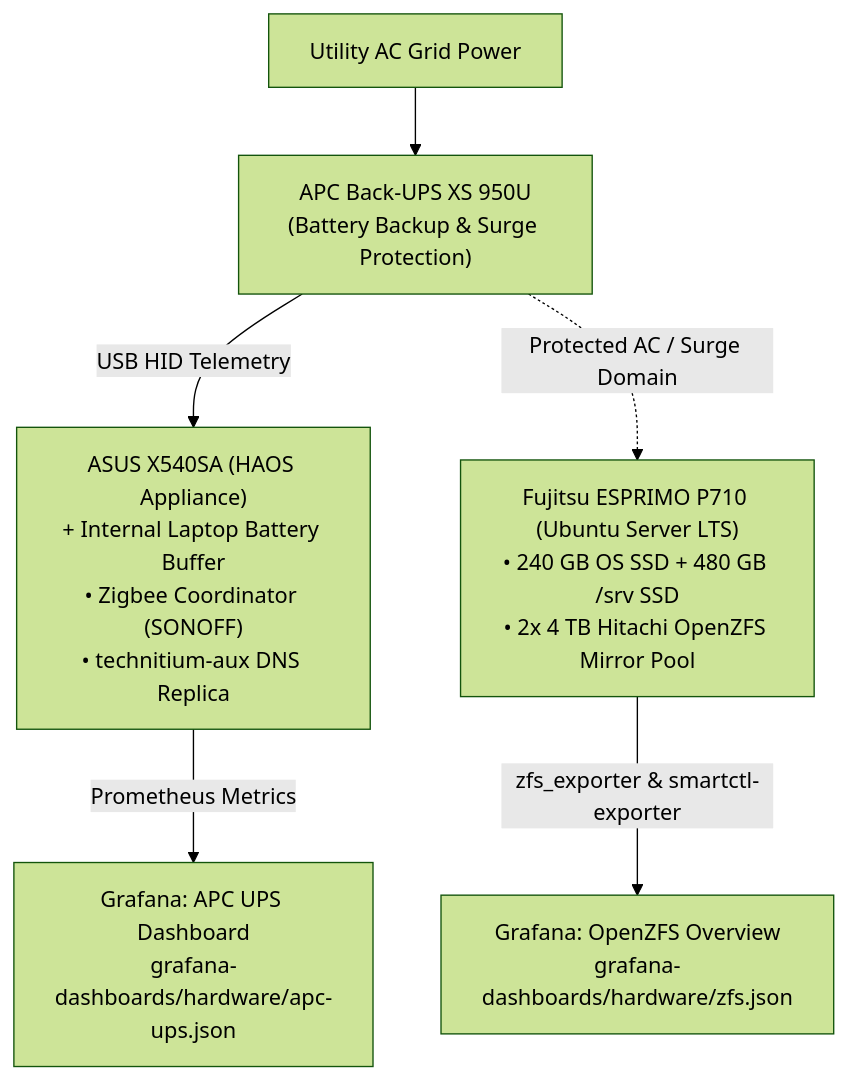
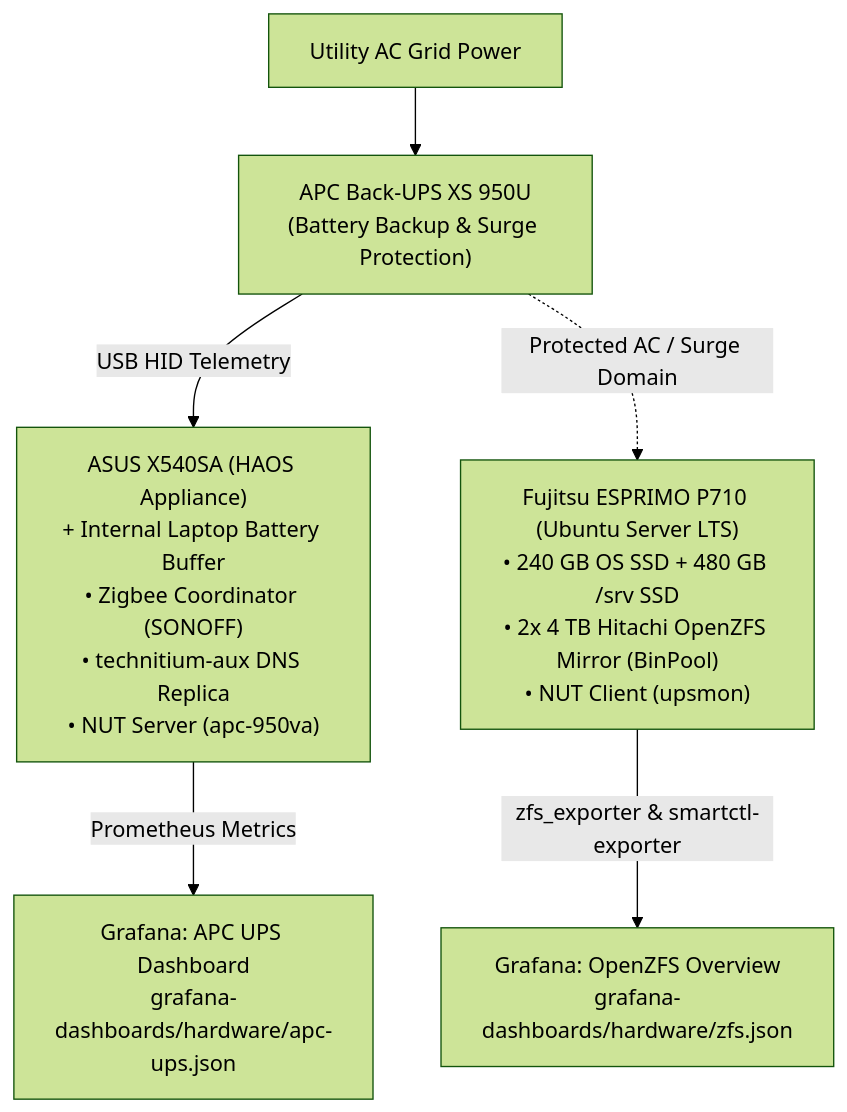
Before and after one commit to Dr20Ervin/205hlab: the diagram in docs/runbooks/power-outage-and-storage-health.md, drawn with Mermaid (forest theme). The commit also changed other lines of this file and 8 other files, not shown here.

Commit message:
docs(runbooks): document BinPool ZFS topology, automated NUT power shutdown, and multi-tier backup inventory

````diff
--- a/docs/runbooks/power-outage-and-storage-health.md
+++ b/docs/runbooks/power-outage-and-storage-health.md
@@ -12,8 +12,8 @@
 ```mermaid
 flowchart TD
     Grid["Utility AC Grid Power"] --> UPS["APC Back-UPS XS 950U\n(Battery Backup & Surge Protection)"]
-    UPS -->|"USB HID Telemetry"| HAOS["ASUS X540SA (HAOS Appliance)\n+ Internal Laptop Battery Buffer\n• Zigbee Coordinator (SONOFF)\n• technitium-aux DNS Replica"]
-    UPS -.->|"Protected AC / Surge Domain"| Main["Fujitsu ESPRIMO P710 (Ubuntu Server LTS)\n• 240 GB OS SSD + 480 GB /srv SSD\n• 2x 4 TB Hitachi OpenZFS Mirror Pool"]
+    UPS -->|"USB HID Telemetry"| HAOS["ASUS X540SA (HAOS Appliance)\n+ Internal Laptop Battery Buffer\n• Zigbee Coordinator (SONOFF)\n• technitium-aux DNS Replica\n• NUT Server (apc-950va)"]
+    UPS -.->|"Protected AC / Surge Domain"| Main["Fujitsu ESPRIMO P710 (Ubuntu Server LTS)\n• 240 GB OS SSD + 480 GB /srv SSD\n• 2x 4 TB Hitachi OpenZFS Mirror (BinPool)\n• NUT Client (upsmon)"]
     HAOS -->|"Prometheus Metrics"| Grafana["Grafana: APC UPS Dashboard\ngrafana-dashboards/hardware/apc-ups.json"]
     Main -->|"zfs_exporter & smartctl-exporter"| GrafanaZFS["Grafana: OpenZFS Overview\ngrafana-dashboards/hardware/zfs.json"]
 ```
````
